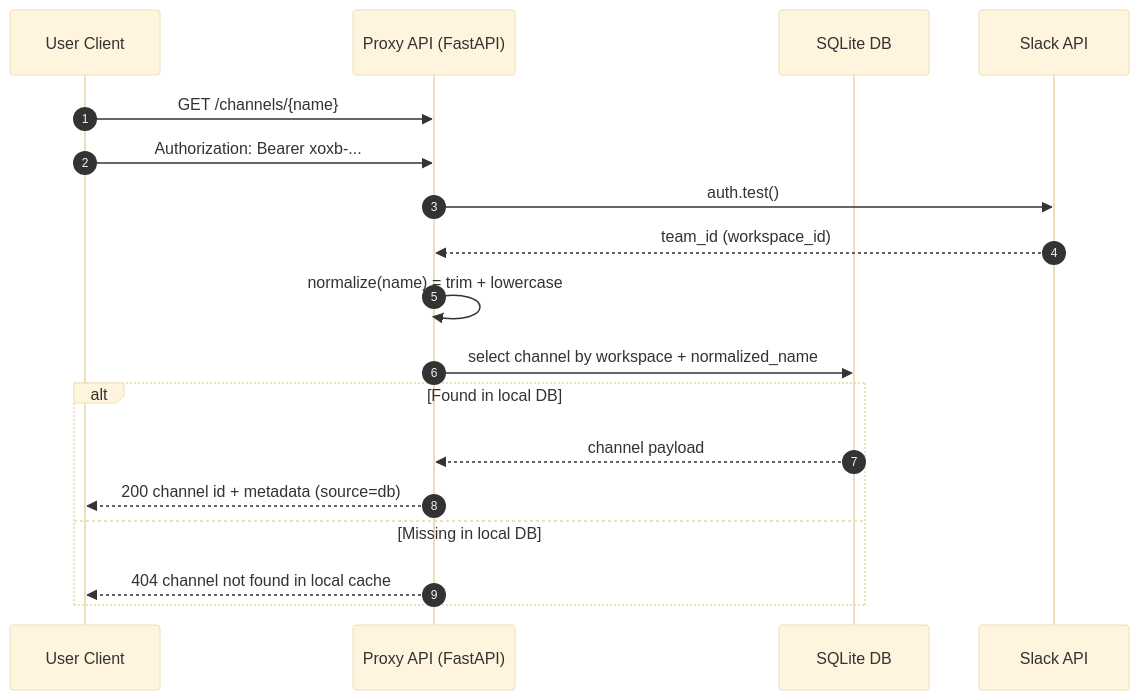
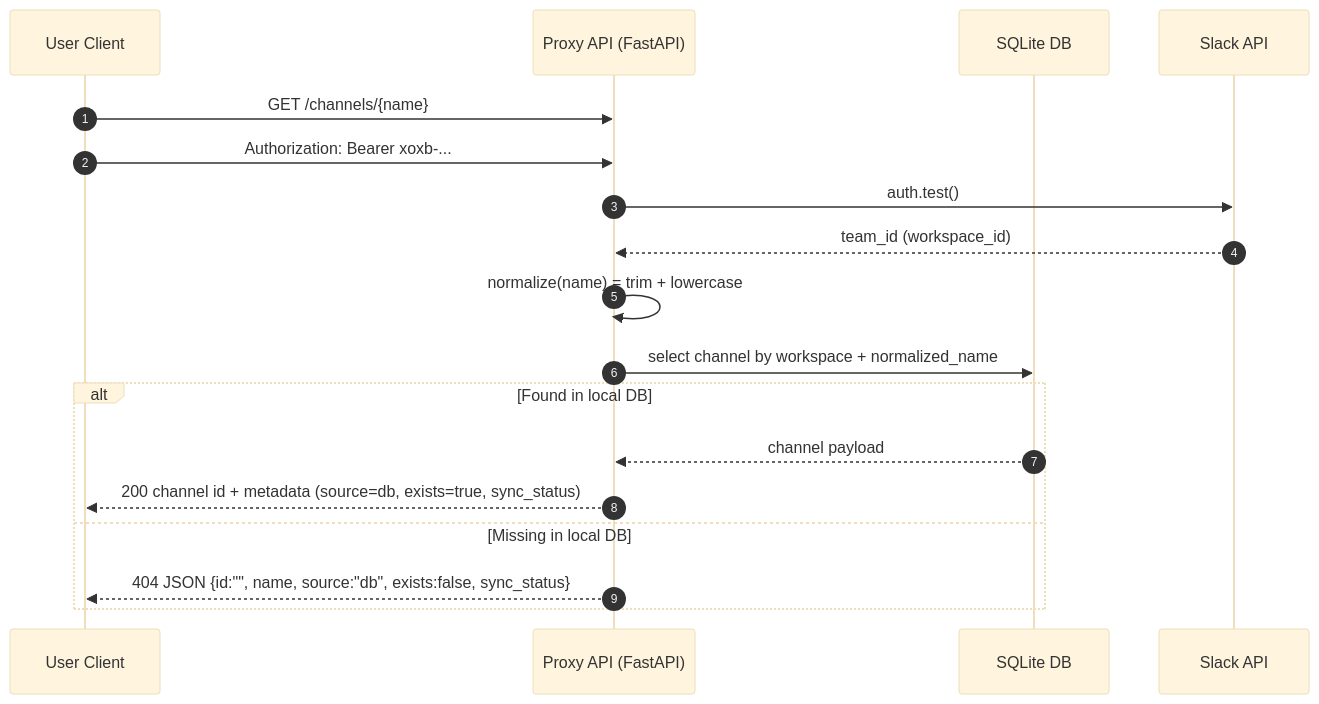
One commit to jha-hitesh/slack-channels-proxy changed the first of 4 diagrams in flow.md. Above: the diagram before and after it, drawn with Mermaid (base theme). The commit also changed other lines of this file and 14 other files, not shown here.

````diff
--- a/flow.md
+++ b/flow.md
@@ -4,21 +4,21 @@
 ```mermaid
 sequenceDiagram
   autonumber
   participant U as User Client
   participant P as Proxy API (FastAPI)
   participant D as SQLite DB
   participant S as Slack API
 
   U->>P: GET /channels/{name}
   U->>P: Authorization: Bearer xoxb-...
   P->>S: auth.test()
   S-->>P: team_id (workspace_id)
   P->>P: normalize(name) = trim + lowercase
   P->>D: select channel by workspace + normalized_name
   alt Found in local DB
     D-->>P: channel payload
-    P-->>U: 200 channel id + metadata (source=db)
+    P-->>U: 200 channel id + metadata (source=db, exists=true, sync_status)
   else Missing in local DB
-    P-->>U: 404 channel not found in local cache
+    P-->>U: 404 JSON {id:"", name, source:"db", exists:false, sync_status}
   end
 ```
````
